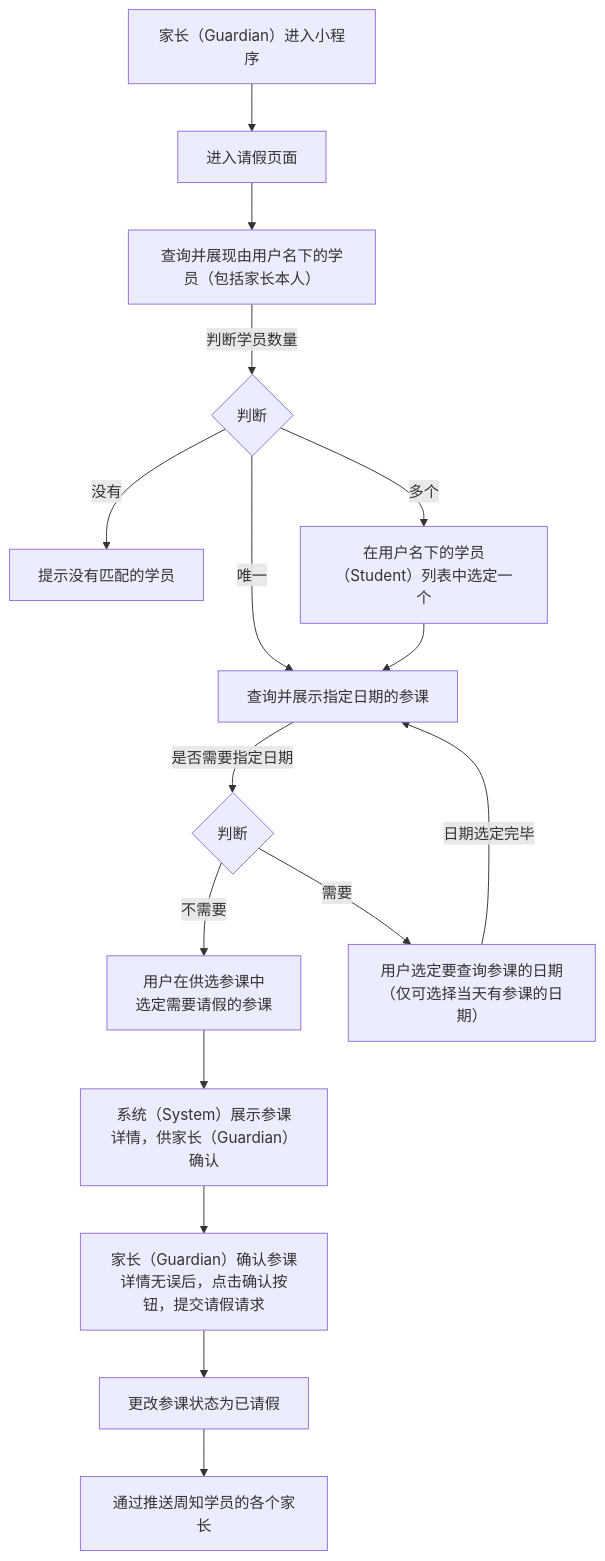
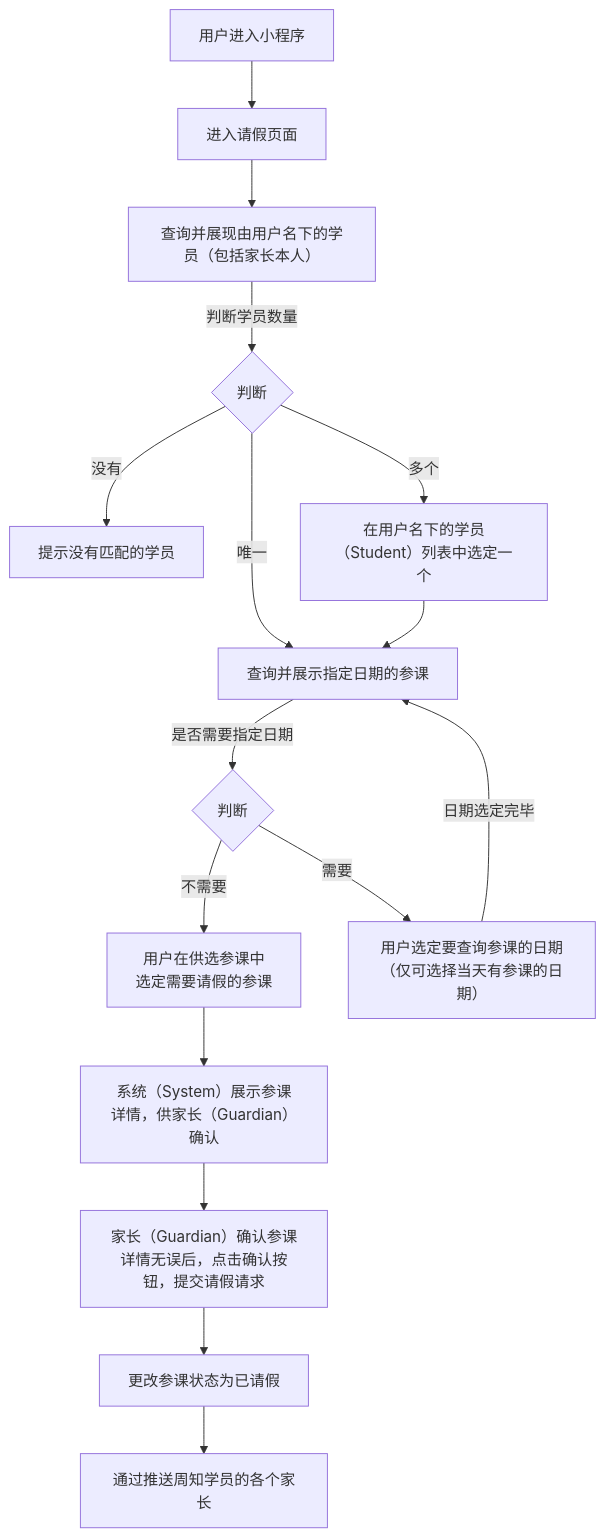
The diagram in 用例/请假.md (world-wide-web/sign), drawn with Mermaid before and after one commit. The commit also changed other lines of this file, not shown here.

````diff
--- a/用例/请假.md
+++ b/用例/请假.md
@@ -7,52 +7,52 @@
 ```mermaid
 graph TD
 
 进入小程序-->进入请假页面
 
 进入请假页面-->查询并展现由用户名下的学员
 
 查询并展现由用户名下的学员--判断学员数量-->判断学员数量
 
 判断学员数量--没有-->提示没有匹配的学员
 
 判断学员数量--唯一-->查询并展示指定日期的参课
 
 判断学员数量--多个-->选定学员
 
 选定学员-->查询并展示指定日期的参课
 
 查询并展示指定日期的参课--是否需要指定日期-->决定是否需要指定日期
 
 决定是否需要指定日期--不需要-->选定参课
 
 决定是否需要指定日期--需要-->选定日期
 
 选定日期--日期选定完毕-->查询并展示指定日期的参课
 
 选定参课-->展示参课详情
 
 展示参课详情-->提交请假请求
 
 提交请假请求-->更改参课状态为已请假
 
 更改参课状态为已请假-->通过推送周知学员的各个家长
 
-进入小程序["<center>家长（Guardian）进入小程序</center>"]
+进入小程序["<center>用户进入小程序</center>"]
 
 查询并展现由用户名下的学员["<center>查询并展现由用户名下的学员（包括家长本人）</center>"]
 
 判断学员数量{"<center>判断</center>"}
 
 选定学员["<center>在用户名下的学员（Student）列表中选定一个</center>"]
 
 决定是否需要指定日期{"<center>判断</center>"}
 
 选定日期["<center>用户选定要查询参课的日期<br>（仅可选择当天有参课的日期）</center>"]
 
 选定参课["<center>用户在供选参课中<br>选定需要请假的参课</center>"]
 
 展示参课详情["<center>系统（System）展示参课详情，供家长（Guardian）确认</center>"]
 
 提交请假请求["<center>家长（Guardian）确认参课详情无误后，点击确认按钮，提交请假请求</center>"]
 
 ```
````
